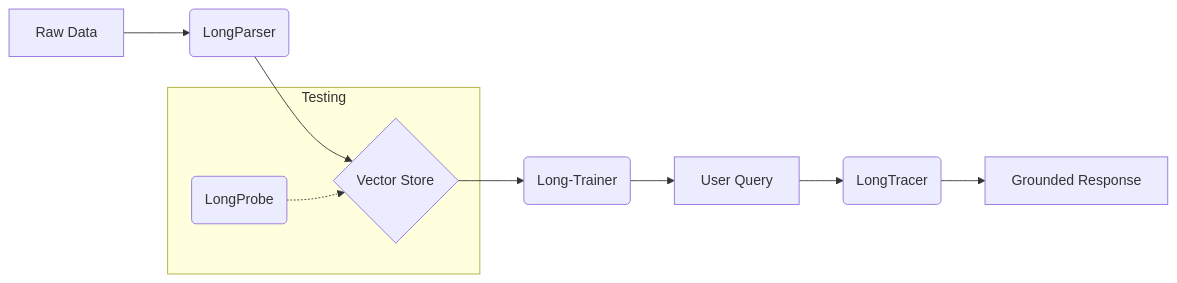
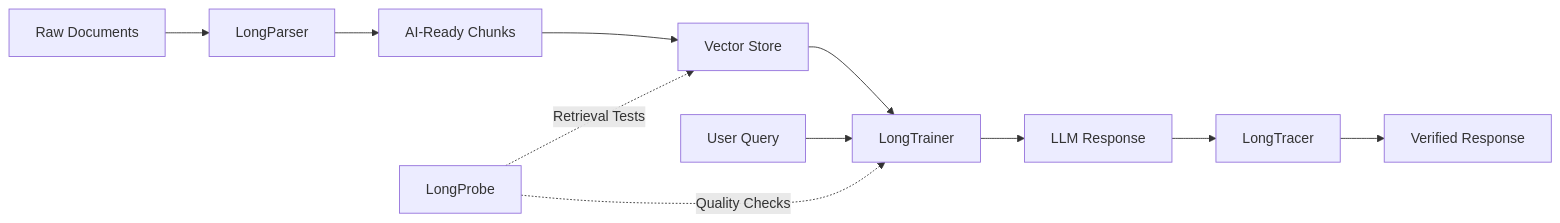
The diagram in README.md (ENDEVSOLS/Long-Suite), drawn with Mermaid before and after one commit. The commit also changed other lines of this file, not shown here.

````diff
--- a/README.md
+++ b/README.md
@@ -43,13 +41,14 @@
 ```mermaid
 graph LR
-    A[Raw Data] --> B(LongParser)
-    B --> C{Vector Store}
-    C --> D(Long-Trainer)
-    D --> E[User Query]
-    E --> F(LongTracer)
-    F --> G[Grounded Response]
-    
-    subgraph Testing
-    H(LongProbe) -.-> C
-    end
+    A[Raw Documents] --> B[LongParser]
+    B --> C[AI-Ready Chunks]
+    C --> D[Vector Store]
+    D --> E[LongTrainer]
+    U[User Query] --> E
+    E --> F[LLM Response]
+    F --> G[LongTracer]
+    G --> H[Verified Response]
+
+    P[LongProbe] -. Retrieval Tests .-> D
+    P -. Quality Checks .-> E
 ```
````
